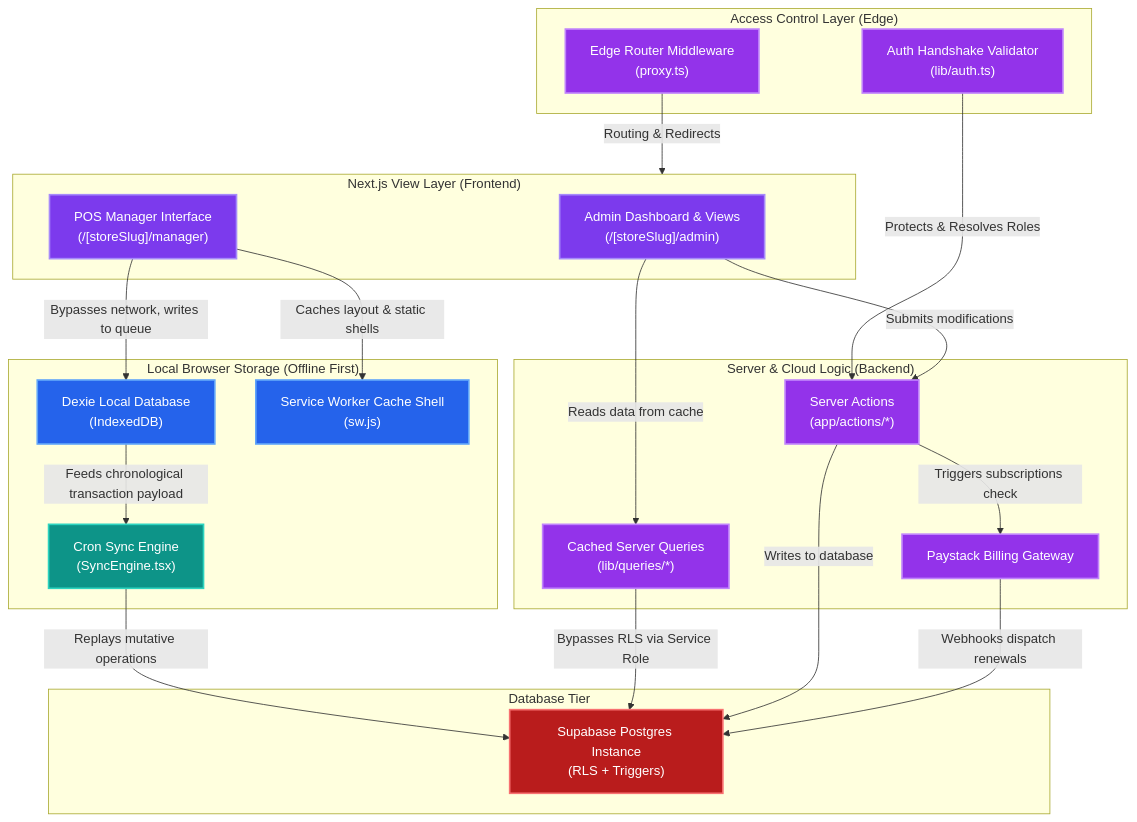
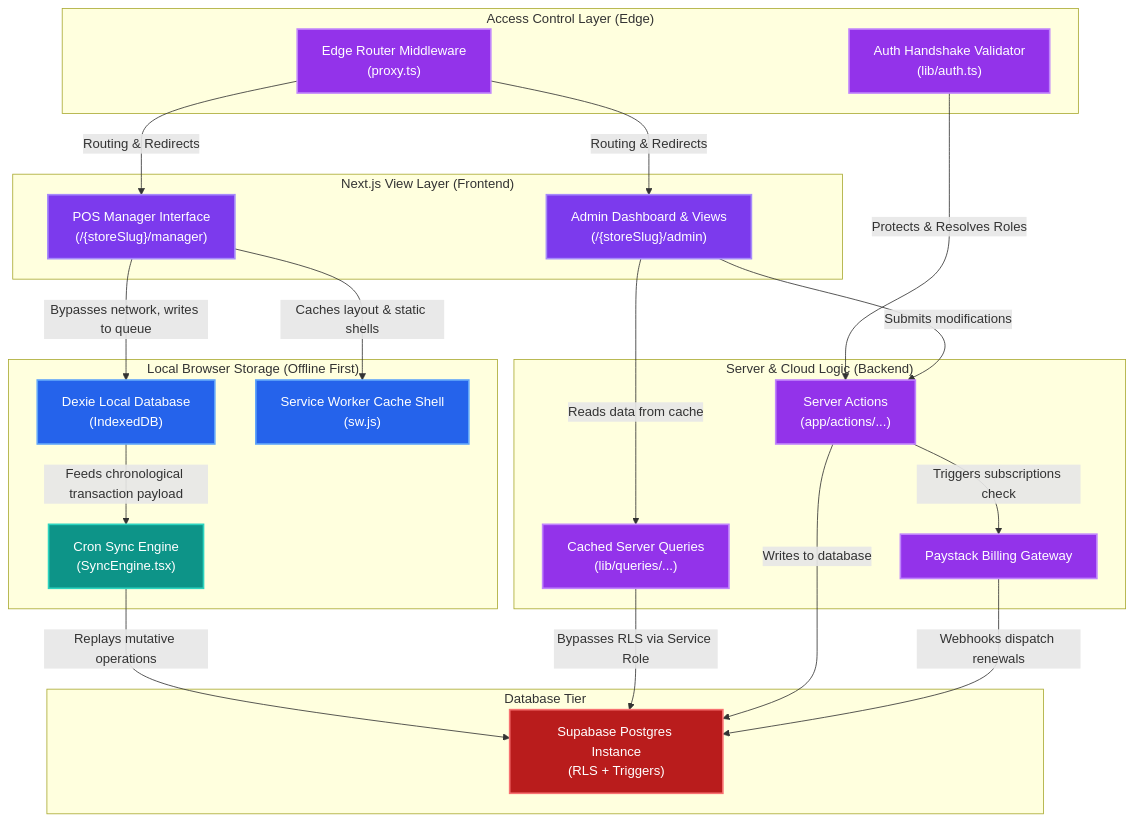
Before and after one commit to cashitabOrg/cashbook: the first of 2 diagrams in README.md, drawn with Mermaid.

Commit message:
Readme updated

````diff
--- a/README.md
+++ b/README.md
@@ -11,54 +11,62 @@
 ```mermaid
 graph TD
-    %% Styling Classes
-    classDef pageNode fill:#7c3aed,stroke:#a78bfa,color:#fff,stroke-width:2px;
-    classDef clientNode fill:#2563eb,stroke:#60a5fa,color:#fff,stroke-width:2px;
-    classDef syncNode fill:#0d9488,stroke:#2dd4bf,color:#fff,stroke-width:2px;
-    classDef serverNode fill:#9333ea,stroke:#c084fc,color:#fff,stroke-width:2px;
-    classDef dbNode fill:#b91c1c,stroke:#f87171,color:#fff,stroke-width:2px;
-
     %% Subgraphs
     subgraph access["Access Control Layer (Edge)"]
-        middleware["Edge Router Middleware<br>(proxy.ts)"]:::serverNode
-        authGate["Auth Handshake Validator<br>(lib/auth.ts)"]:::serverNode
+        middleware["Edge Router Middleware<br/>(proxy.ts)"]
+        authGate["Auth Handshake Validator<br/>(lib/auth.ts)"]
     end
 
     subgraph webUI["Next.js View Layer (Frontend)"]
-        adminPanel["Admin Dashboard & Views<br>(/[storeSlug]/admin)"]:::pageNode
-        posClient["POS Manager Interface<br>(/[storeSlug]/manager)"]:::pageNode
+        adminPanel["Admin Dashboard & Views<br/>(/{storeSlug}/admin)"]
+        posClient["POS Manager Interface<br/>(/{storeSlug}/manager)"]
     end
 
     subgraph offlineStore["Local Browser Storage (Offline First)"]
-        dexieDB["Dexie Local Database<br>(IndexedDB)"]:::clientNode
-        serviceWorker["Service Worker Cache Shell<br>(sw.js)"]:::clientNode
-        syncEngine["Cron Sync Engine<br>(SyncEngine.tsx)"]:::syncNode
+        dexieDB["Dexie Local Database<br/>(IndexedDB)"]
+        serviceWorker["Service Worker Cache Shell<br/>(sw.js)"]
+        syncEngine["Cron Sync Engine<br/>(SyncEngine.tsx)"]
     end
 
     subgraph cloudLayer["Server & Cloud Logic (Backend)"]
-        serverActions["Server Actions<br>(app/actions/*)"]:::serverNode
-        readQueries["Cached Server Queries<br>(lib/queries/*)"]:::serverNode
-        paystackAPI["Paystack Billing Gateway"]:::serverNode
+        serverActions["Server Actions<br/>(app/actions/...)"]
+        readQueries["Cached Server Queries<br/>(lib/queries/...)"]
+        paystackAPI["Paystack Billing Gateway"]
     end
 
     subgraph persistence["Database Tier"]
-        supabaseDB["Supabase Postgres Instance<br>(RLS + Triggers)"]:::dbNode
+        supabaseDB["Supabase Postgres Instance<br/>(RLS + Triggers)"]
     end
 
     %% Flow Layout Connections
-    middleware -->|"Routing & Redirects"| webUI
+    middleware -->|"Routing & Redirects"| adminPanel
+    middleware -->|"Routing & Redirects"| posClient
     authGate -->|"Protects & Resolves Roles"| serverActions
     
     adminPanel -->|"Reads data from cache"| readQueries
     adminPanel -->|"Submits modifications"| serverActions
     
     posClient -->|"Bypasses network, writes to queue"| dexieDB
     posClient -->|"Caches layout & static shells"| serviceWorker
     
     dexieDB -->|"Feeds chronological transaction payload"| syncEngine
     syncEngine -->|"Replays mutative operations"| supabaseDB
     
     readQueries -->|"Bypasses RLS via Service Role"| supabaseDB
     serverActions -->|"Writes to database"| supabaseDB
     serverActions -->|"Triggers subscriptions check"| paystackAPI
     paystackAPI -->|"Webhooks dispatch renewals"| supabaseDB
+
+    %% Styling Classes
+    classDef pageNode fill:#7c3aed,stroke:#a78bfa,color:#fff,stroke-width:2px
+    classDef clientNode fill:#2563eb,stroke:#60a5fa,color:#fff,stroke-width:2px
+    classDef syncNode fill:#0d9488,stroke:#2dd4bf,color:#fff,stroke-width:2px
+    classDef serverNode fill:#9333ea,stroke:#c084fc,color:#fff,stroke-width:2px
+    classDef dbNode fill:#b91c1c,stroke:#f87171,color:#fff,stroke-width:2px
+
+    %% Apply Styling Classes
+    class adminPanel,posClient pageNode
+    class dexieDB,serviceWorker clientNode
+    class syncEngine syncNode
+    class middleware,authGate,serverActions,readQueries,paystackAPI serverNode
+    class supabaseDB dbNode
 ```
````
